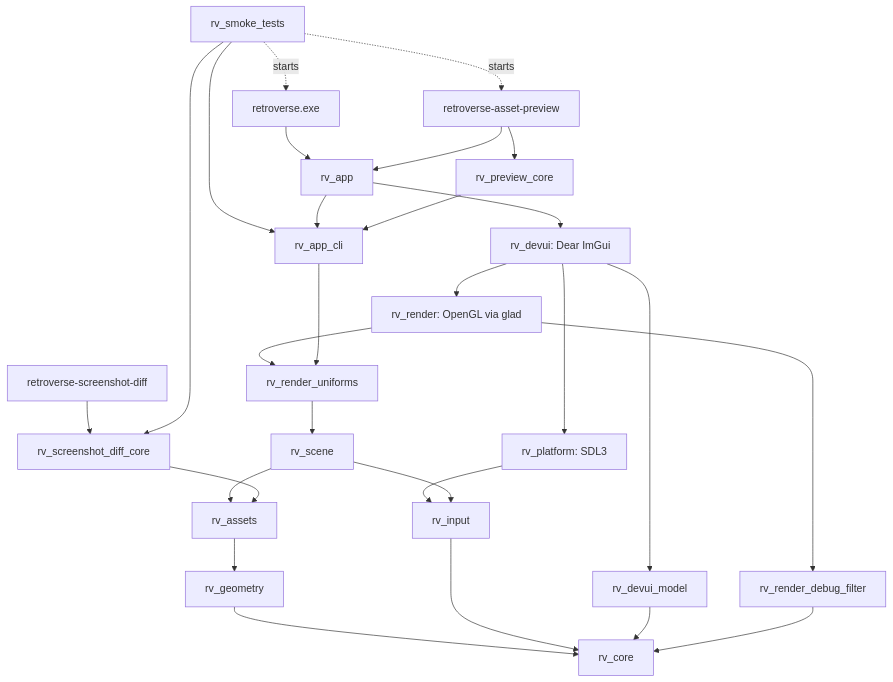
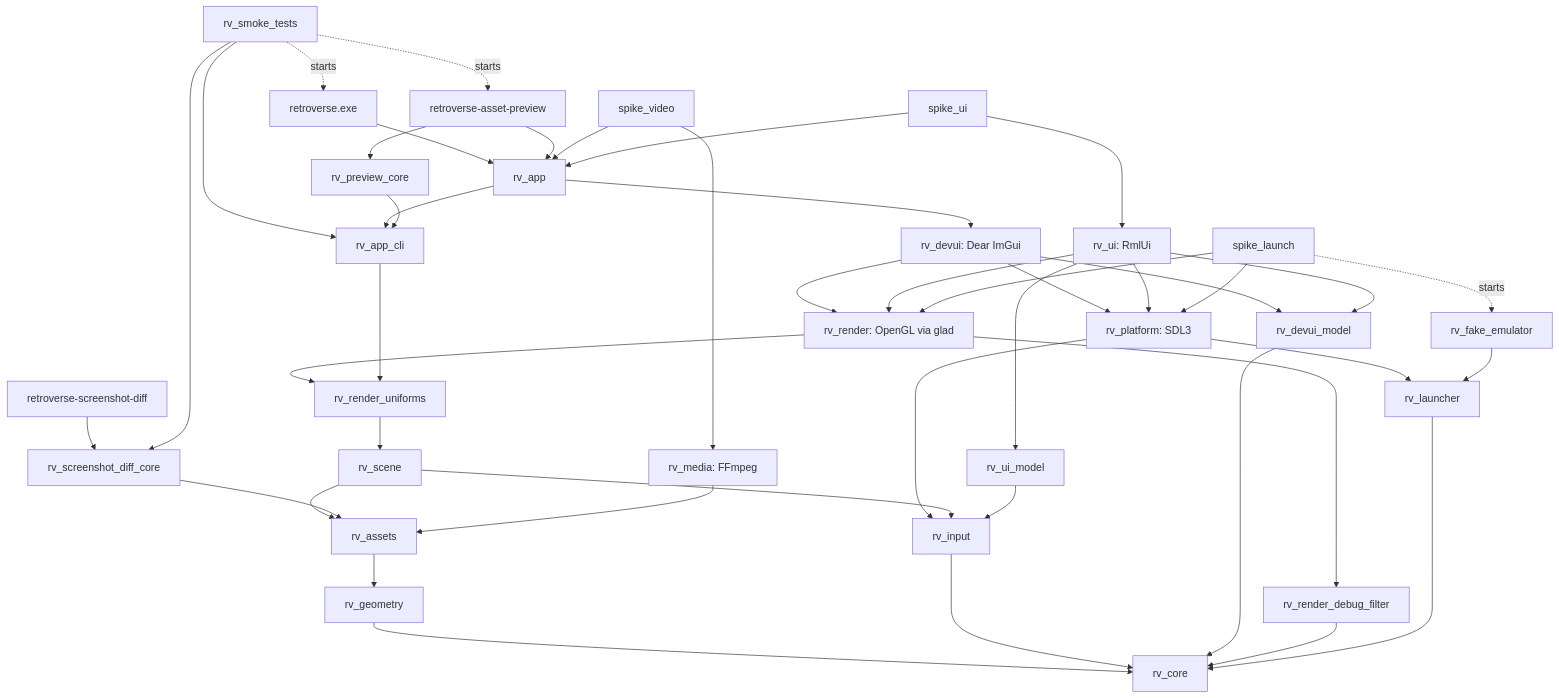
Before and after one commit to pingumen96/retroverse: the diagram in docs/architecture.md, drawn with Mermaid. The commit also changed other lines of this file and 9 other files, not shown here.

````diff
--- a/docs/architecture.md
+++ b/docs/architecture.md
@@ -52,30 +60,46 @@
 ```mermaid
 flowchart TD
     retroverse[retroverse.exe] --> app[rv_app]
     preview[retroverse-asset-preview] --> app
     preview --> previewCore[rv_preview_core]
     diffTool[retroverse-screenshot-diff] --> diffCore[rv_screenshot_diff_core]
     smoke[rv_smoke_tests] -. starts .-> retroverse
     smoke -. starts .-> preview
     smoke --> diffCore
     smoke --> appCli
     app --> devui[rv_devui: Dear ImGui]
     app --> appCli[rv_app_cli]
     devui --> render[rv_render: OpenGL via glad]
     devui --> platform[rv_platform: SDL3]
     devui --> devuiModel[rv_devui_model]
     render --> uniforms[rv_render_uniforms]
     render --> debugFilter[rv_render_debug_filter]
     previewCore --> appCli
     appCli --> uniforms
     uniforms --> scene[rv_scene]
     platform --> input[rv_input]
     scene --> assets[rv_assets]
     scene --> input
     diffCore --> assets
     assets --> geometry[rv_geometry]
     geometry --> core[rv_core]
     input --> core
     devuiModel --> core
     debugFilter --> core
+    spikeVideo[spike_video] --> app
+    spikeVideo --> media[rv_media: FFmpeg]
+    media --> assets
+    spikeUi[spike_ui] --> ui[rv_ui: RmlUi]
+    spikeUi --> app
+    ui --> uiModel[rv_ui_model]
+    ui --> render
+    ui --> platform
+    ui --> devuiModel
+    uiModel --> input
+    spikeLaunch[spike_launch] --> platform
+    spikeLaunch --> render
+    spikeLaunch -. starts .-> fakeEmulator[rv_fake_emulator]
+    platform --> launcher[rv_launcher]
+    fakeEmulator --> launcher
+    launcher --> core
 ```
````
